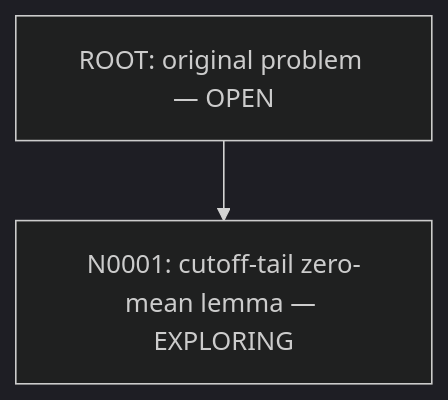
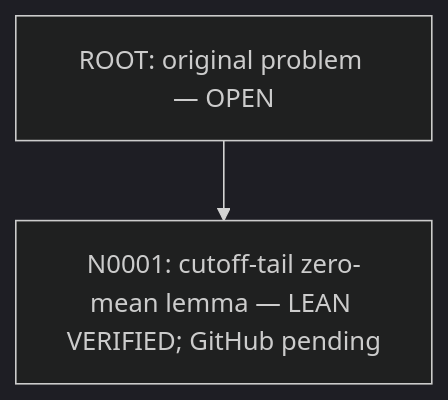
One commit to SongXin2357/xiong-fns-general-vacuum changed the diagram in README.md. Above: the diagram before and after it, drawn with Mermaid (dark theme). The commit also changed other lines of this file and 64 other files, not shown here.

````diff
--- a/README.md
+++ b/README.md
@@ -9,4 +9,4 @@
 ```mermaid
 flowchart TD
- ROOT["ROOT: original problem — OPEN"] --> N0001["N0001: cutoff-tail zero-mean lemma — EXPLORING"]
+ ROOT["ROOT: original problem — OPEN"] --> N0001["N0001: cutoff-tail zero-mean lemma — LEAN VERIFIED; GitHub pending"]
 ```
````
